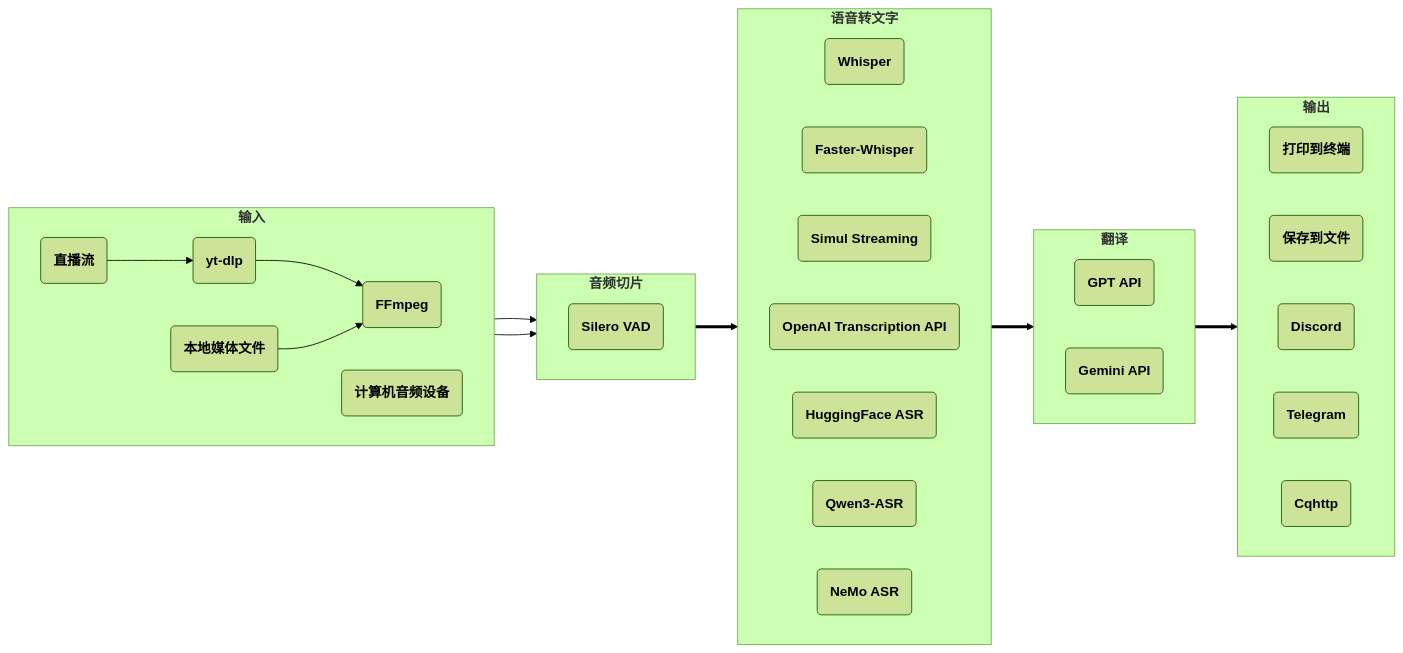
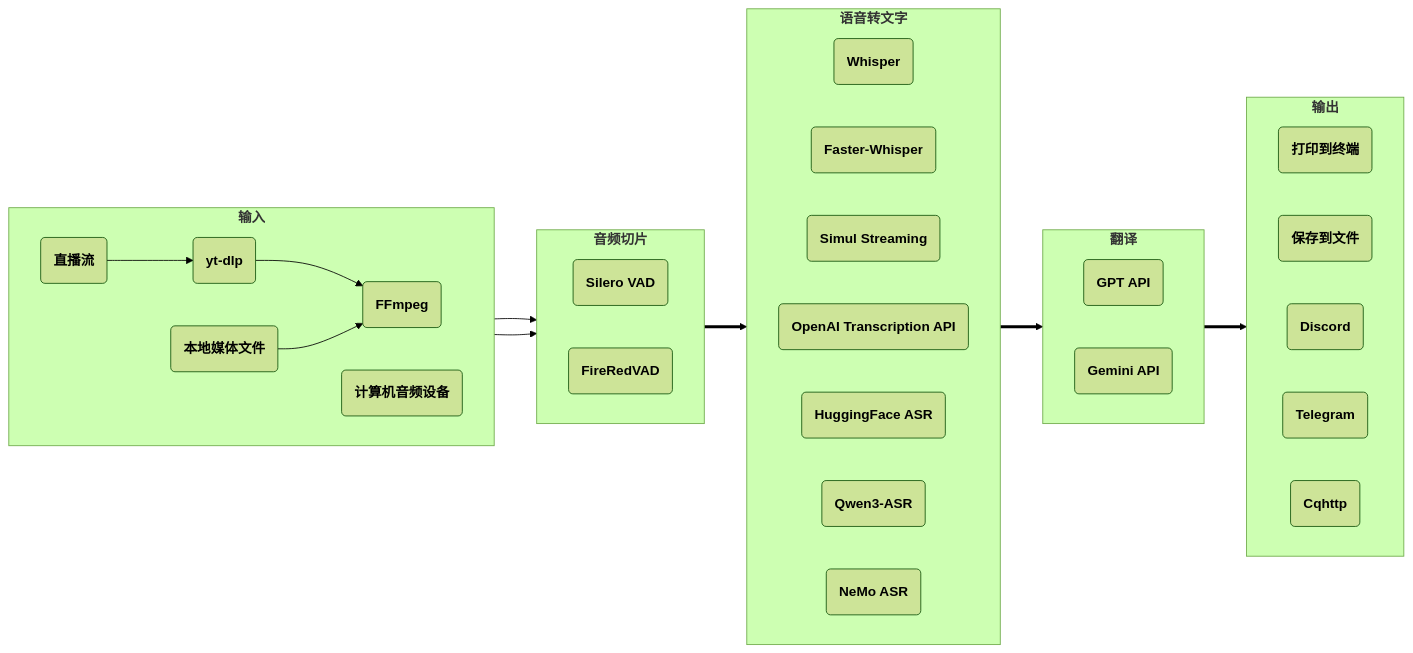
One commit to W-Nana/stream-translator-gpt changed the diagram in README_CN.md. Above: the diagram before and after it, drawn with Mermaid (forest theme). The commit also changed other lines of this file and 7 other files, not shown here.

`````diff
--- a/README_CN.md
+++ b/README_CN.md
@@ -19,46 +21,47 @@
 ```mermaid
 flowchart LR
     subgraph ga["`**输入**`"]
         direction LR
         aa("`**FFmpeg**`")
         ab("`**计算机音频设备**`")
         ac("`**yt-dlp**`")
         ad("`**本地媒体文件**`")
         ae("`**直播流**`")
         ac --> aa
         ad --> aa
         ae --> ac
     end
     subgraph gb["`**音频切片**`"]
         direction LR
         ba("`**Silero VAD**`")
+        bb("`**FireRedVAD**`")
     end
     subgraph gc["`**语音转文字**`"]
         direction LR
         ca("`**Whisper**`")
         cb("`**Faster-Whisper**`")
         cc("`**Simul Streaming**`")
         cd("`**OpenAI Transcription API**`")
         ce("`**HuggingFace ASR**`")
         cf("`**Qwen3-ASR**`")
         cg("`**NeMo ASR**`")
     end
     subgraph gd["`**翻译**`"]
         direction LR
         da("`**GPT API**`")
         db("`**Gemini API**`")
     end
     subgraph ge["`**输出**`"]
         direction LR
         ea("`**打印到终端**`")
         ee("`**保存到文件**`")
         ec("`**Discord**`")
         ed("`**Telegram**`")
         eb("`**Cqhttp**`")
     end
     aa --> gb
     ab --> gb
     gb ==> gc
     gc ==> gd
     gd ==> ge
-````
+```
`````
